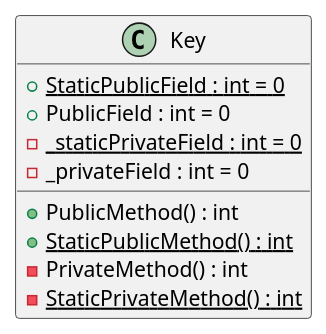
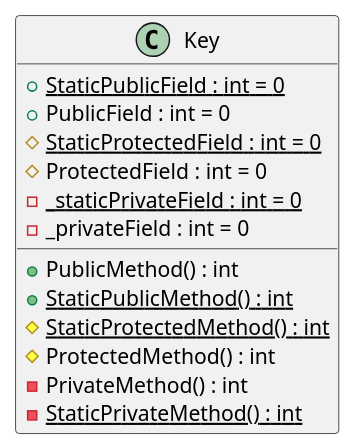
The diagram in uml/Key.puml (claremacrae/RefactoringSamples), drawn with PlantUML before and after one commit. The commit also changed 1 other file, not shown here.

Commit message:
Document protected

```diff
--- a/uml/Key.puml
+++ b/uml/Key.puml
@@ -1,12 +1,16 @@
 @startuml
 class Key {
     + {static} StaticPublicField : int = 0
     + PublicField : int = 0
+    # {static} StaticProtectedField : int = 0
+    # ProtectedField : int = 0
     - {static} _staticPrivateField : int = 0
     - _privateField : int = 0
     + PublicMethod() : int
     + {static} StaticPublicMethod() : int
+    # {static} StaticProtectedMethod() : int
+    # ProtectedMethod() : int
     - PrivateMethod() : int
     - {static} StaticPrivateMethod() : int
 }
 @enduml
```
